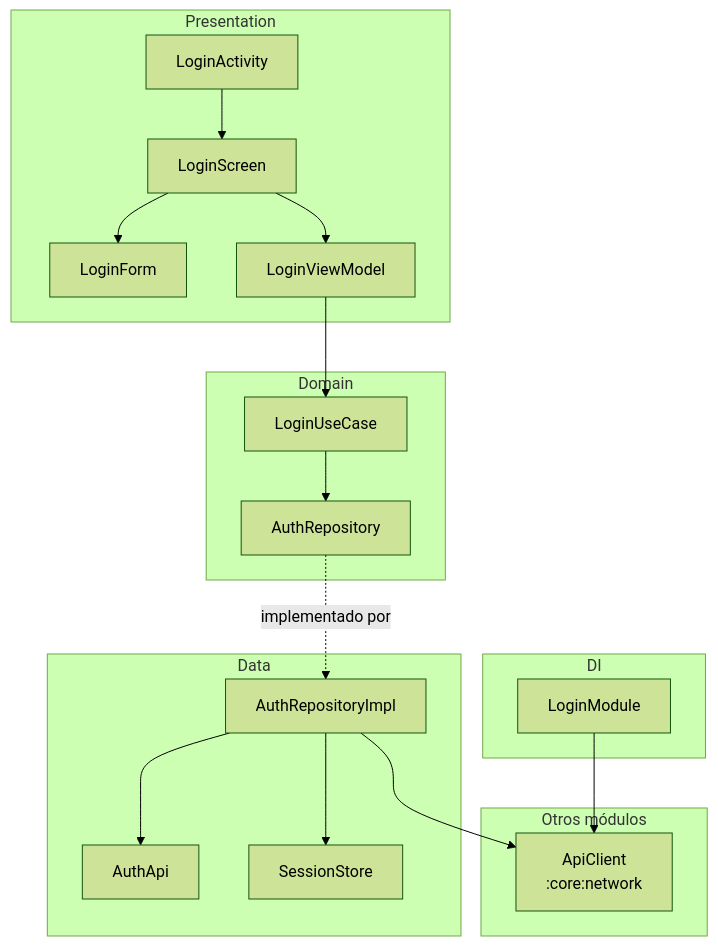
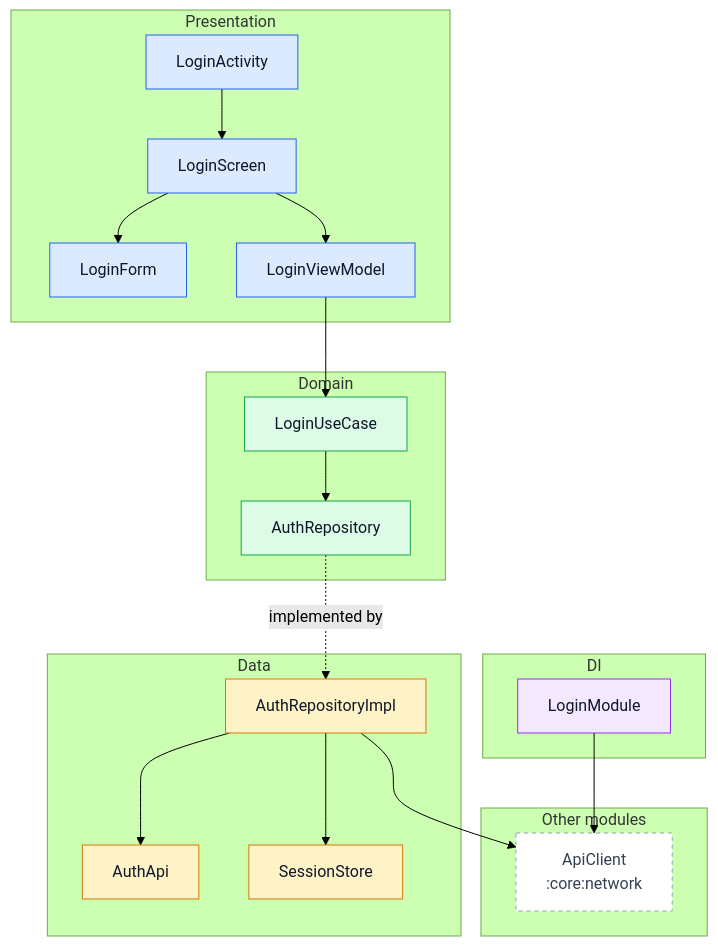
One commit to pfranccino/android-module-map changed the first of 2 diagrams in README.md. Above: the diagram before and after it, drawn with Mermaid (forest theme). The commit also changed other lines of this file and 1 other file, not shown here.

````diff
--- a/README.md
+++ b/README.md
@@ -35,34 +35,44 @@
 ```mermaid
 graph TD
     subgraph Presentation
         n2["LoginActivity"]
         n3["LoginScreen"]
         n4["LoginForm"]
         n5["LoginViewModel"]
     end
     subgraph Domain
         n0["AuthRepository"]
         n6["LoginUseCase"]
     end
     subgraph Data
         n7["AuthApi"]
         n1["AuthRepositoryImpl"]
         n8["SessionStore"]
     end
     subgraph DI
         n9["LoginModule"]
     end
-    subgraph ext_modules["Otros módulos"]
+    subgraph ext_modules["Other modules"]
         n10["ApiClient<br/>:core:network"]
     end
     n1 --> n10
     n1 --> n7
     n1 --> n8
     n2 --> n3
     n3 --> n4
     n3 --> n5
     n5 --> n6
     n6 --> n0
     n9 --> n10
-    n0 -.implementado por.-> n1
+    n0 -.implemented by.-> n1
+    classDef layerPresentation fill:#dbeafe,stroke:#2563eb,color:#0f172a
+    class n2,n3,n4,n5 layerPresentation
+    classDef layerDomain fill:#dcfce7,stroke:#16a34a,color:#0f172a
+    class n0,n6 layerDomain
+    classDef layerData fill:#fef3c7,stroke:#d97706,color:#0f172a
+    class n7,n1,n8 layerData
+    classDef layerDI fill:#f3e8ff,stroke:#9333ea,color:#0f172a
+    class n9 layerDI
+    classDef external fill:#ffffff,stroke:#94a3b8,stroke-dasharray:4,color:#334155
+    class n10 external
 ```
````
